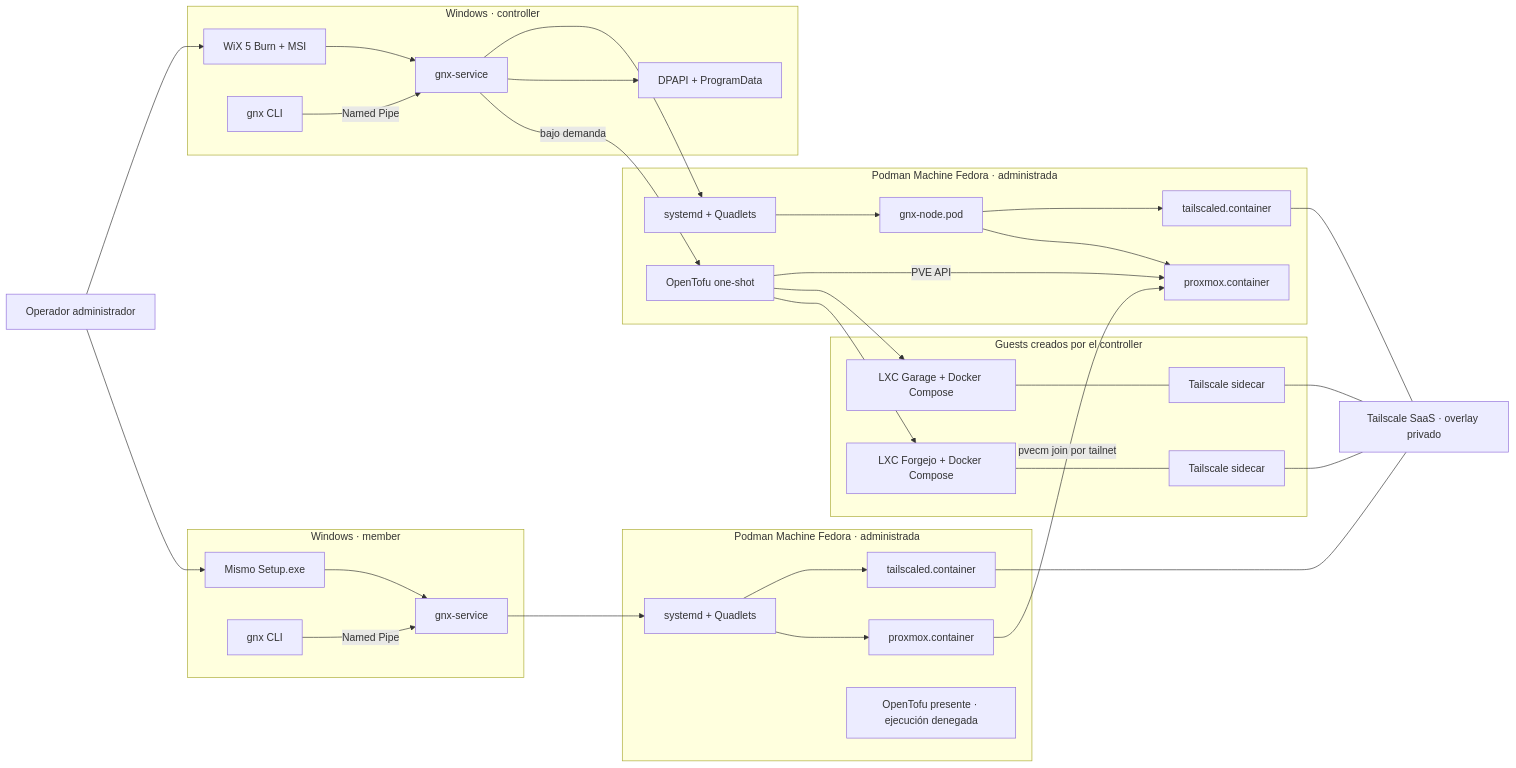
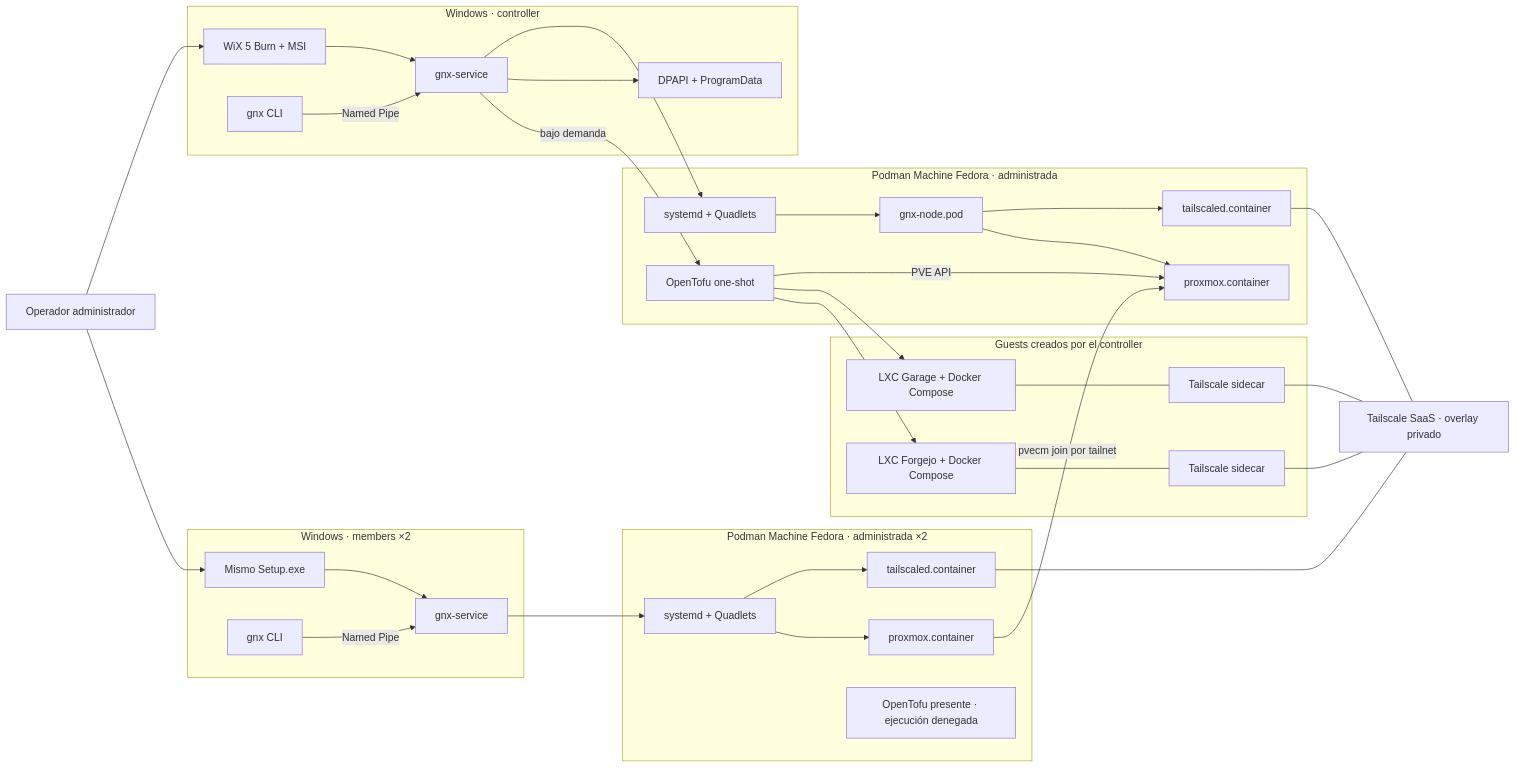
The first of 5 diagrams in docs/ARCHITECTURE.md (mayas-alas/quetzalcoatl), drawn with Mermaid before and after one commit. The commit also changed other lines of this file and 1 other file, not shown here.

Commit message:
docs(architecture): close topology at three PVE nodes

````diff
--- a/docs/ARCHITECTURE.md
+++ b/docs/ARCHITECTURE.md
@@ -54,64 +54,64 @@
 ```mermaid
 flowchart LR
     Operator["Operador administrador"]
 
     subgraph WindowsController["Windows · controller"]
         SetupC["WiX 5 Burn + MSI"]
         ServiceC["gnx-service"]
         CLIC["gnx CLI"]
         DPAPIC["DPAPI + ProgramData"]
     end
 
     subgraph FedoraController["Podman Machine Fedora · administrada"]
         SystemdC["systemd + Quadlets"]
         PodC["gnx-node.pod"]
         TailscaleC["tailscaled.container"]
         ProxmoxC["proxmox.container"]
         TofuC["OpenTofu one-shot"]
     end
 
     subgraph PVEGuests["Guests creados por el controller"]
         GarageLXC["LXC Garage + Docker Compose"]
         ForgejoLXC["LXC Forgejo + Docker Compose"]
         GarageTS["Tailscale sidecar"]
         ForgejoTS["Tailscale sidecar"]
     end
 
-    subgraph WindowsMember["Windows · member"]
+    subgraph WindowsMember["Windows · members ×2"]
         SetupM["Mismo Setup.exe"]
         ServiceM["gnx-service"]
         CLIM["gnx CLI"]
     end
 
-    subgraph FedoraMember["Podman Machine Fedora · administrada"]
+    subgraph FedoraMember["Podman Machine Fedora · administrada ×2"]
         SystemdM["systemd + Quadlets"]
         TailscaleM["tailscaled.container"]
         ProxmoxM["proxmox.container"]
         TofuM["OpenTofu presente · ejecución denegada"]
     end
 
     Tailnet["Tailscale SaaS · overlay privado"]
 
     Operator --> SetupC
     Operator --> SetupM
     CLIC -->|"Named Pipe"| ServiceC
     CLIM -->|"Named Pipe"| ServiceM
     SetupC --> ServiceC --> SystemdC --> PodC
     PodC --> TailscaleC
     PodC --> ProxmoxC
     ServiceC --> DPAPIC
     ServiceC -->|"bajo demanda"| TofuC
     TofuC -->|"PVE API"| ProxmoxC
     TofuC --> GarageLXC
     TofuC --> ForgejoLXC
     GarageLXC --- GarageTS
     ForgejoLXC --- ForgejoTS
     SetupM --> ServiceM --> SystemdM
     SystemdM --> TailscaleM
     SystemdM --> ProxmoxM
     TailscaleC --- Tailnet
     TailscaleM --- Tailnet
     GarageTS --- Tailnet
     ForgejoTS --- Tailnet
     ProxmoxM -->|"pvecm join por tailnet"| ProxmoxC
 ```
````
